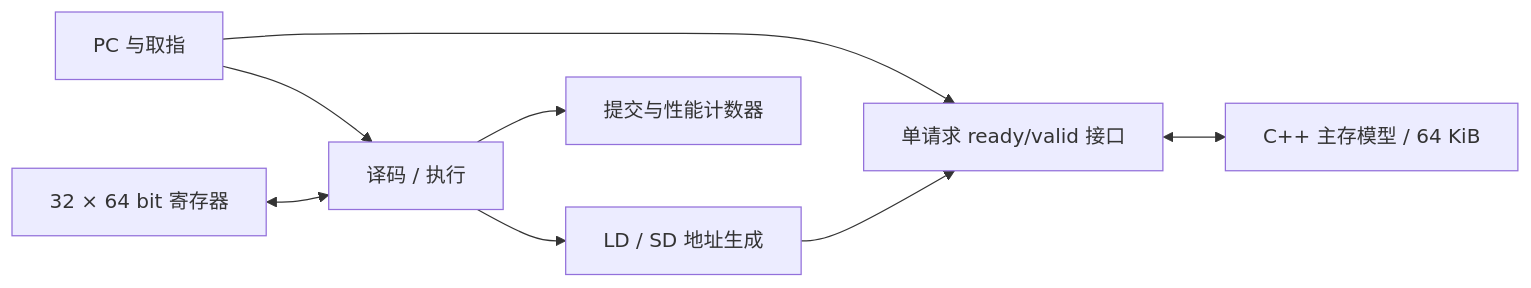
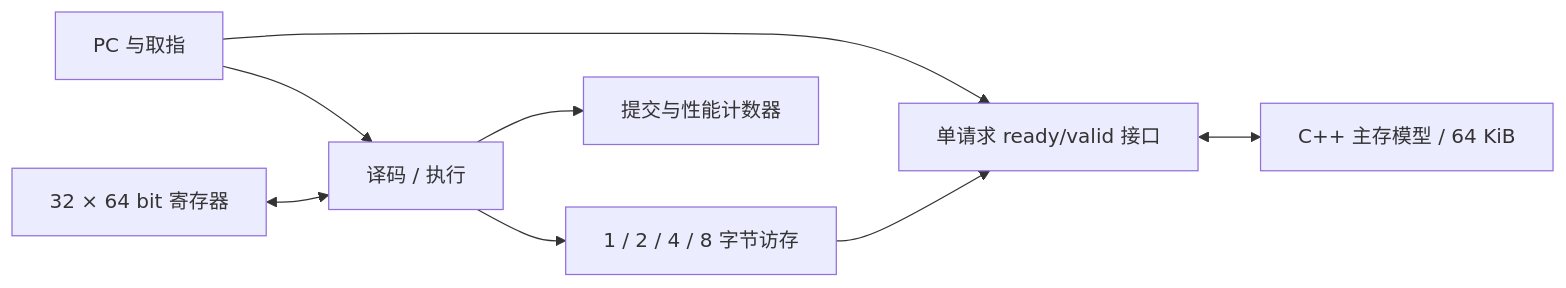
The first of 2 diagrams in docs/architecture.md (asukafo/ditto_riscv), drawn with Mermaid before and after one commit. The commit also changed other lines of this file and 28 other files, not shown here.

````diff
--- a/docs/architecture.md
+++ b/docs/architecture.md
@@ -5,10 +5,10 @@
 ```mermaid
 flowchart LR
     PC[PC 与取指] --> DEC[译码 / 执行]
     RF[32 × 64 bit 寄存器] <--> DEC
-    DEC --> LSU[LD / SD 地址生成]
+    DEC --> LSU[1 / 2 / 4 / 8 字节访存]
     PC --> BUS[单请求 ready/valid 接口]
     LSU --> BUS
     BUS <--> RAM[C++ 主存模型 / 64 KiB]
     DEC --> RET[提交与性能计数器]
 ```
````
